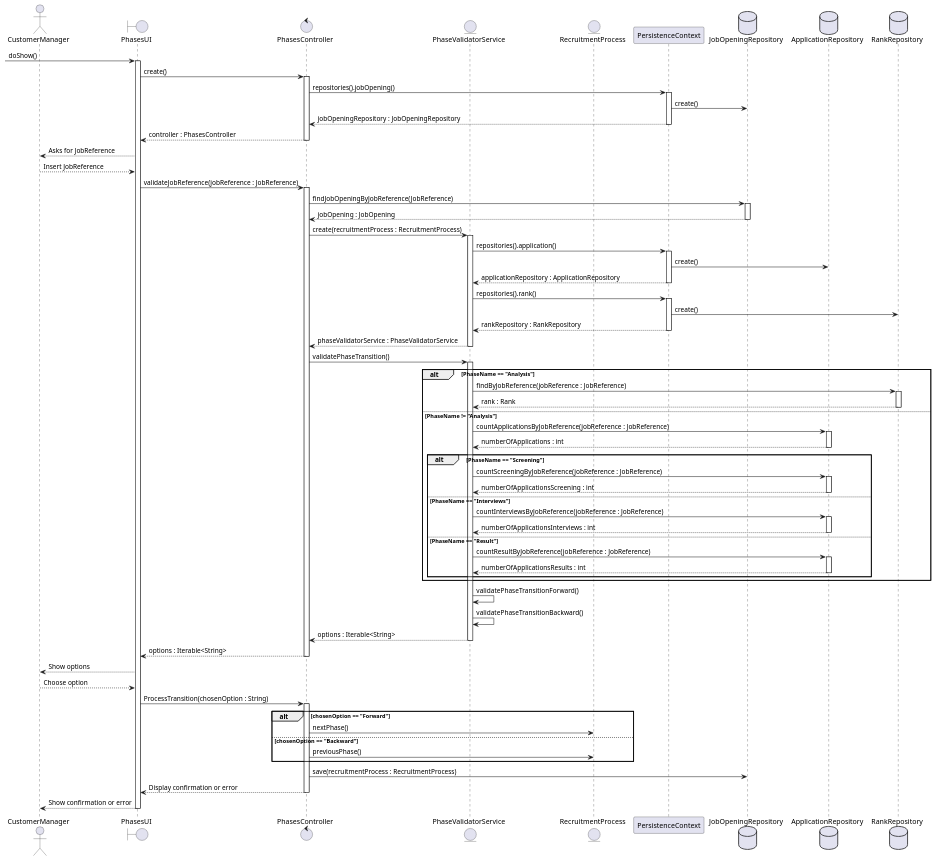
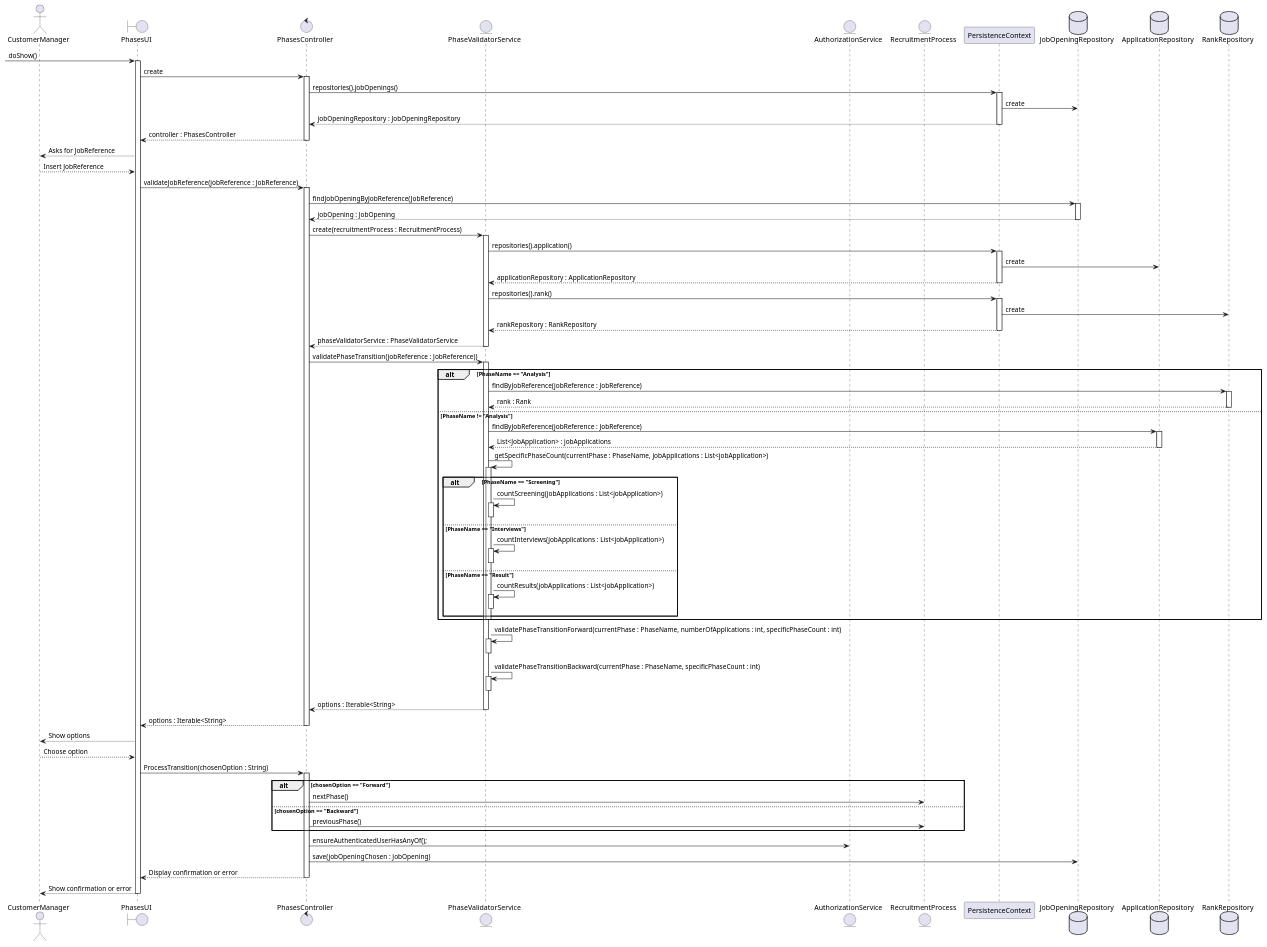
One commit to Mendoncaa/LAPR4 changed the diagram in docs/sprintC/US1010/03.design/puml/SD.puml. Above: the diagram before and after it, drawn with PlantUML. The commit also changed 4 other files, not shown here.

First line of the commit message:
#40 US1010 Diagrams and code implementation changes.

```diff
--- a/docs/sprintC/US1010/03.design/puml/SD.puml
+++ b/docs/sprintC/US1010/03.design/puml/SD.puml
@@ -1,95 +1,100 @@
 @startuml SequenceDiagram
 actor CustomerManager
 boundary PhasesUI
 control PhasesController
 entity PhaseValidatorService
+entity AuthorizationService
 entity RecruitmentProcess
 participant PersistenceContext
 database JobOpeningRepository
 database ApplicationRepository
 database RankRepository
 
 -> PhasesUI: doShow()
 activate PhasesUI
-PhasesUI -> PhasesController : create()
+PhasesUI -> PhasesController : create
 activate PhasesController
-PhasesController -> PersistenceContext : repositories().jobOpening()
+PhasesController -> PersistenceContext : repositories().jobOpenings()
 activate PersistenceContext
-PersistenceContext -> JobOpeningRepository : create()
+PersistenceContext -> JobOpeningRepository : create
 PersistenceContext --> PhasesController : jobOpeningRepository : JobOpeningRepository
 deactivate PersistenceContext
 PhasesController --> PhasesUI : controller : PhasesController
 deactivate PhasesController
 PhasesUI --> CustomerManager: Asks for JobReference
 CustomerManager --> PhasesUI: Insert JobReference
 PhasesUI -> PhasesController: validateJobReference(jobReference : JobReference)
 activate PhasesController
 PhasesController -> JobOpeningRepository: findJobOpeningByJobReference(JobReference)
 activate JobOpeningRepository
 JobOpeningRepository --> PhasesController: jobOpening : JobOpening
 deactivate JobOpeningRepository
 PhasesController -> PhaseValidatorService : create(recruitmentProcess : RecruitmentProcess)
 activate PhaseValidatorService
 PhaseValidatorService -> PersistenceContext : repositories().application()
 activate PersistenceContext
-PersistenceContext -> ApplicationRepository : create()
+PersistenceContext -> ApplicationRepository : create
 PersistenceContext --> PhaseValidatorService : applicationRepository : ApplicationRepository
 deactivate PersistenceContext
 PhaseValidatorService -> PersistenceContext : repositories().rank()
 activate PersistenceContext
-PersistenceContext -> RankRepository : create()
+PersistenceContext -> RankRepository : create
 PersistenceContext --> PhaseValidatorService : rankRepository : RankRepository
 deactivate PersistenceContext
 PhaseValidatorService --> PhasesController: phaseValidatorService : PhaseValidatorService
 deactivate PhaseValidatorService
-PhasesController -> PhaseValidatorService: validatePhaseTransition()
+PhasesController -> PhaseValidatorService: validatePhaseTransition(jobReference : JobReference))
 activate PhaseValidatorService
 alt PhaseName == "Analysis"
 PhaseValidatorService -> RankRepository : findByJobReference(jobReference : JobReference)
 activate RankRepository
 RankRepository --> PhaseValidatorService: rank : Rank
 deactivate RankRepository
 else PhaseName != "Analysis"
-PhaseValidatorService -> ApplicationRepository : countApplicationsByJobReference(jobReference : JobReference)
+PhaseValidatorService -> ApplicationRepository : findByJobReference(jobReference : JobReference)
 activate ApplicationRepository
-ApplicationRepository --> PhaseValidatorService: numberOfApplications : int
+ApplicationRepository --> PhaseValidatorService: List<JobApplication> : jobApplications
 deactivate ApplicationRepository
+PhaseValidatorService -> PhaseValidatorService : getSpecificPhaseCount(currentPhase : PhaseName, jobApplications : List<jobApplication>)
+activate PhaseValidatorService
     alt PhaseName == "Screening"
-    PhaseValidatorService -> ApplicationRepository : countScreeningByJobReference(jobReference : JobReference)
-    activate ApplicationRepository
-    ApplicationRepository --> PhaseValidatorService: numberOfApplicationsScreening : int
-    deactivate ApplicationRepository
+    PhaseValidatorService -> PhaseValidatorService : countScreening(jobApplications : List<jobApplication>)
+    activate PhaseValidatorService
+    deactivate PhaseValidatorService
     else PhaseName == "Interviews"
-    PhaseValidatorService -> ApplicationRepository : countInterviewsByJobReference(jobReference : JobReference)
-    activate ApplicationRepository
-    ApplicationRepository --> PhaseValidatorService: numberOfApplicationsInterviews : int
-    deactivate ApplicationRepository
+    PhaseValidatorService -> PhaseValidatorService : countInterviews(jobApplications : List<jobApplication>)
+    activate PhaseValidatorService
+    deactivate PhaseValidatorService
     else PhaseName == "Result"
-    PhaseValidatorService -> ApplicationRepository : countResultByJobReference(jobReference : JobReference)
-    activate ApplicationRepository
-    ApplicationRepository --> PhaseValidatorService: numberOfApplicationsResults : int
-    deactivate ApplicationRepository
-
+    PhaseValidatorService -> PhaseValidatorService : countResults(jobApplications : List<jobApplication>)
+    activate PhaseValidatorService
+    deactivate PhaseValidatorService
     end
+    deactivate PhaseValidatorService
 end
-PhaseValidatorService -> PhaseValidatorService : validatePhaseTransitionForward()
-PhaseValidatorService -> PhaseValidatorService : validatePhaseTransitionBackward()
+PhaseValidatorService -> PhaseValidatorService : validatePhaseTransitionForward(currentPhase : PhaseName, numberOfApplications : int, specificPhaseCount : int)
+activate PhaseValidatorService
+deactivate PhaseValidatorService
+PhaseValidatorService -> PhaseValidatorService : validatePhaseTransitionBackward(currentPhase : PhaseName, specificPhaseCount : int)
+activate PhaseValidatorService
+deactivate PhaseValidatorService
 PhaseValidatorService --> PhasesController: options : Iterable<String>
 deactivate PhaseValidatorService
 PhasesController --> PhasesUI: options : Iterable<String>
 deactivate PhasesController
 PhasesUI --> CustomerManager: Show options
 CustomerManager --> PhasesUI: Choose option
 PhasesUI -> PhasesController: ProcessTransition(chosenOption : String)
 activate PhasesController
 alt chosenOption == "Forward"
 PhasesController -> RecruitmentProcess: nextPhase()
 else chosenOption == "Backward"
 PhasesController -> RecruitmentProcess: previousPhase()
 end
-PhasesController -> JobOpeningRepository : save(recruitmentProcess : RecruitmentProcess)
+PhasesController -> AuthorizationService : ensureAuthenticatedUserHasAnyOf();
+PhasesController -> JobOpeningRepository : save(jobOpeningChosen : JobOpening)
 PhasesController --> PhasesUI: Display confirmation or error
 deactivate PhasesController
 PhasesUI --> CustomerManager: Show confirmation or error
 deactivate PhasesUI
 @enduml
```
